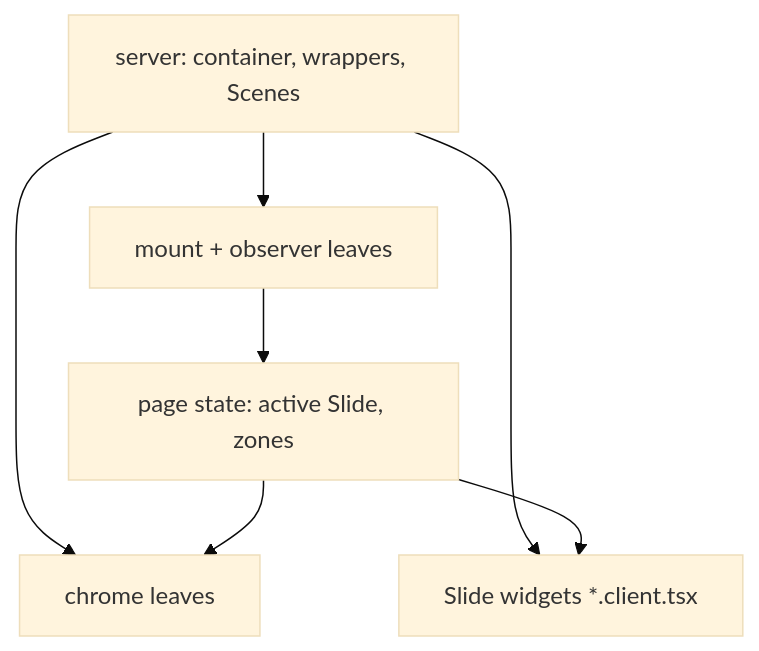
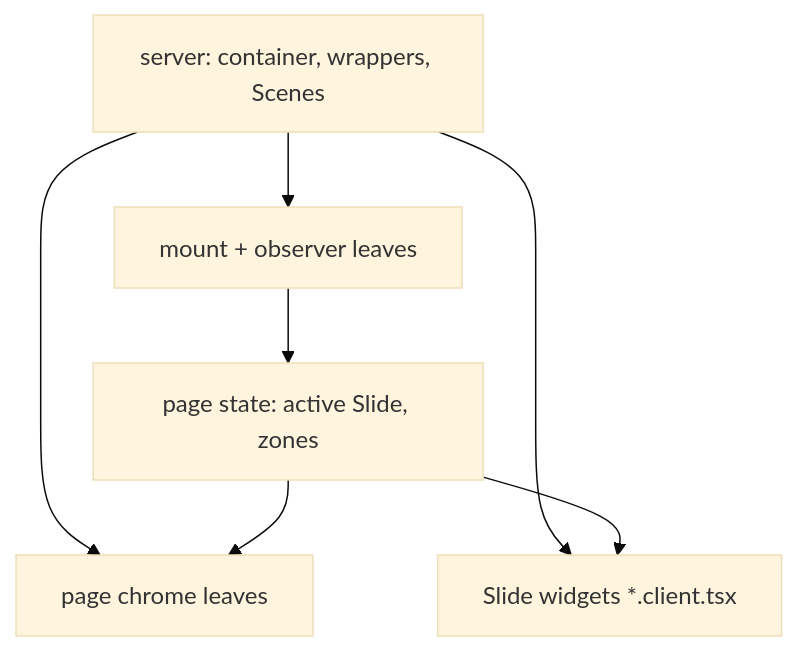
Before and after one commit to hancrafted/content-library: the fifth of 5 diagrams in .archgate/adrs/FE-004-slide-architecture.md, drawn with Mermaid (base theme). The commit also changed other lines of this file and 613 other files, not shown here.

````diff
--- a/.archgate/adrs/FE-004-slide-architecture.md
+++ b/.archgate/adrs/FE-004-slide-architecture.md
@@ -82,9 +85,9 @@
 ```mermaid
 flowchart TD
   S["server: container, wrappers, Scenes"] --> M["mount + observer leaves"]
   S --> X["Slide widgets *.client.tsx"]
-  S --> CL["chrome leaves"]
+  S --> CL["page chrome leaves"]
   M --> ST["page state: active Slide, zones"]
   ST --> CL
   ST --> X
 ```
````
